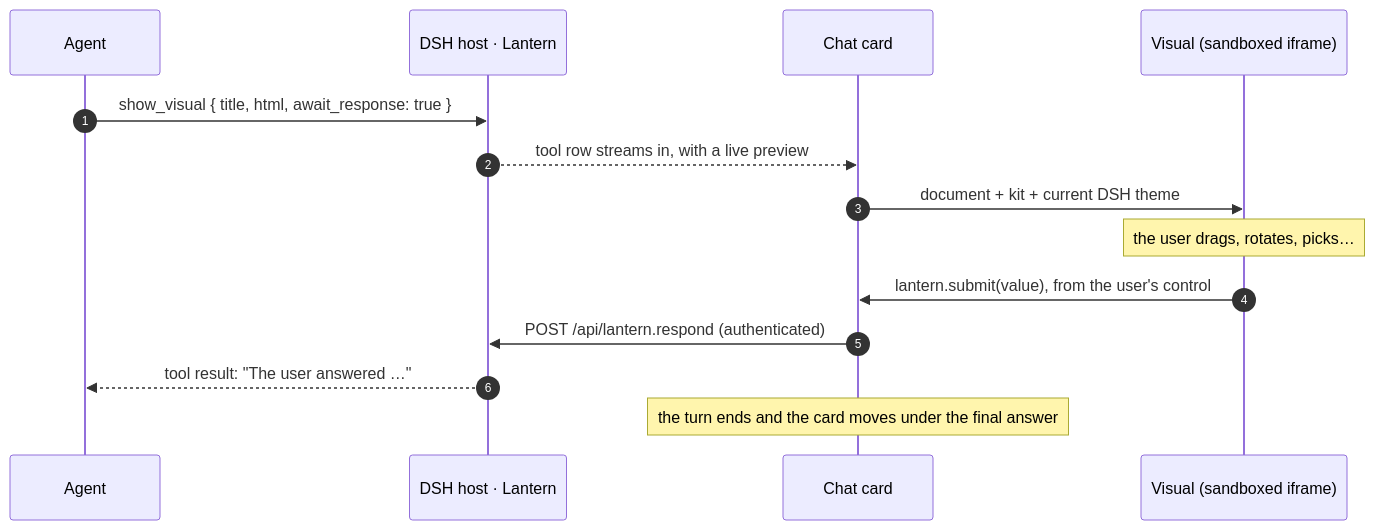
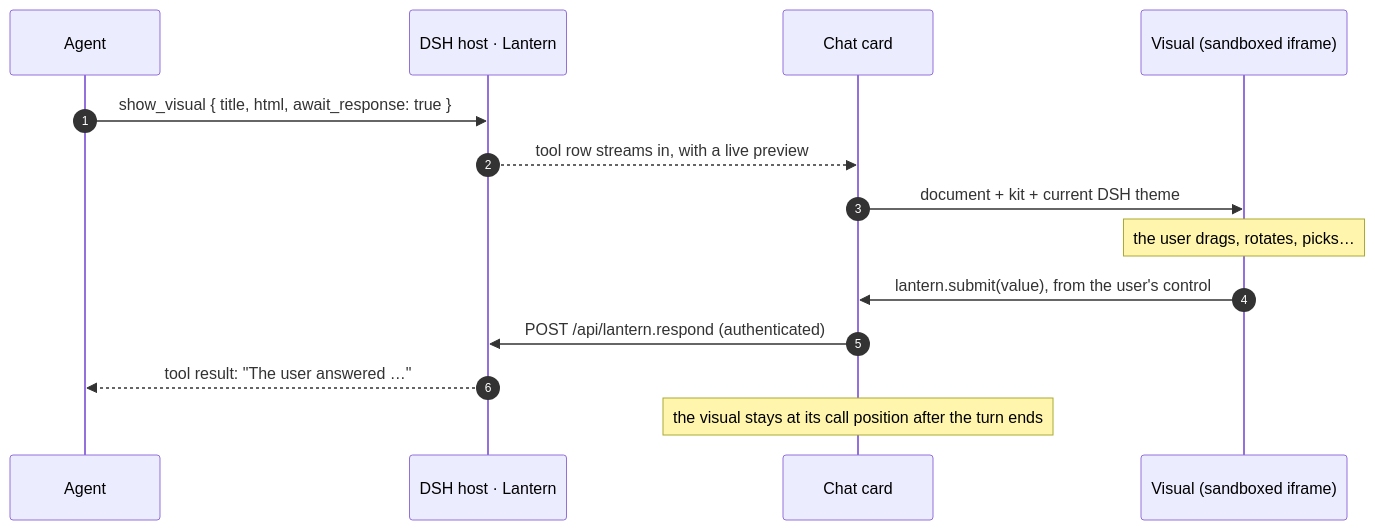
One commit to Aero123421/dsh-lantern changed the diagram in README.md. Above: the diagram before and after it, drawn with Mermaid. The commit also changed other lines of this file and 131 other files, not shown here.

````diff
--- a/README.md
+++ b/README.md
@@ -152,16 +159,16 @@
 ```mermaid
 sequenceDiagram
     autonumber
     participant A as Agent
     participant H as DSH host · Lantern
     participant C as Chat card
     participant V as Visual (sandboxed iframe)
     A->>H: show_visual { title, html, await_response: true }
     H-->>C: tool row streams in, with a live preview
     C->>V: document + kit + current DSH theme
     Note over V: the user drags, rotates, picks…
     V->>C: lantern.submit(value), from the user's control
     C->>H: POST /api/lantern.respond (authenticated)
     H-->>A: tool result: "The user answered …"
-    Note over C: the turn ends and the card moves under the final answer
+    Note over C: the visual stays at its call position after the turn ends
 ```
````
